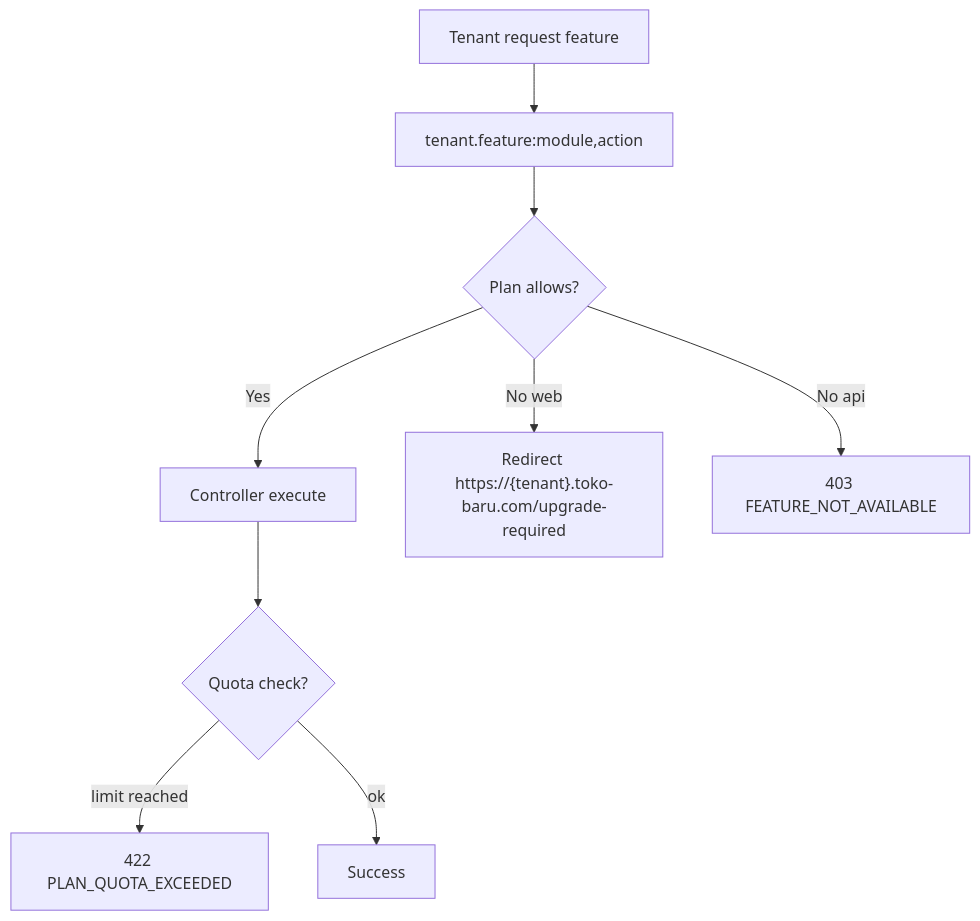
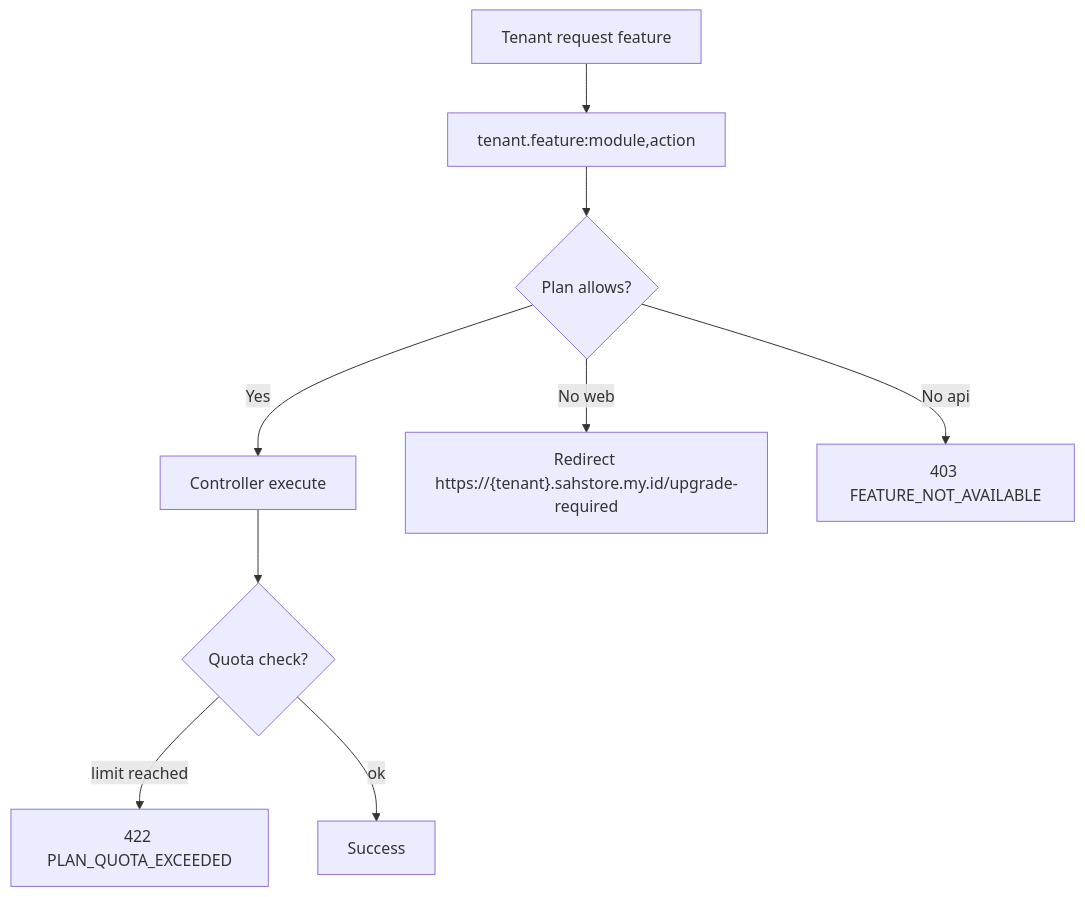
The diagram in docs/03-features/subscription.md (mutihakim/toko), drawn with Mermaid before and after one commit. The commit also changed other lines of this file and 15 other files, not shown here.

````diff
--- a/docs/03-features/subscription.md
+++ b/docs/03-features/subscription.md
@@ -13,11 +13,11 @@
 ```mermaid
 flowchart TD
   A["Tenant request feature"] --> B["tenant.feature:module,action"]
   B --> C{"Plan allows?"}
   C -->|Yes| D["Controller execute"]
-  C -->|No web| E["Redirect https://{tenant}.toko-baru.com/upgrade-required"]
+  C -->|No web| E["Redirect https://{tenant}.sahstore.my.id/upgrade-required"]
   C -->|No api| F["403 FEATURE_NOT_AVAILABLE"]
   D --> G{"Quota check?"}
   G -->|limit reached| H["422 PLAN_QUOTA_EXCEEDED"]
   G -->|ok| I["Success"]
 ```
````
